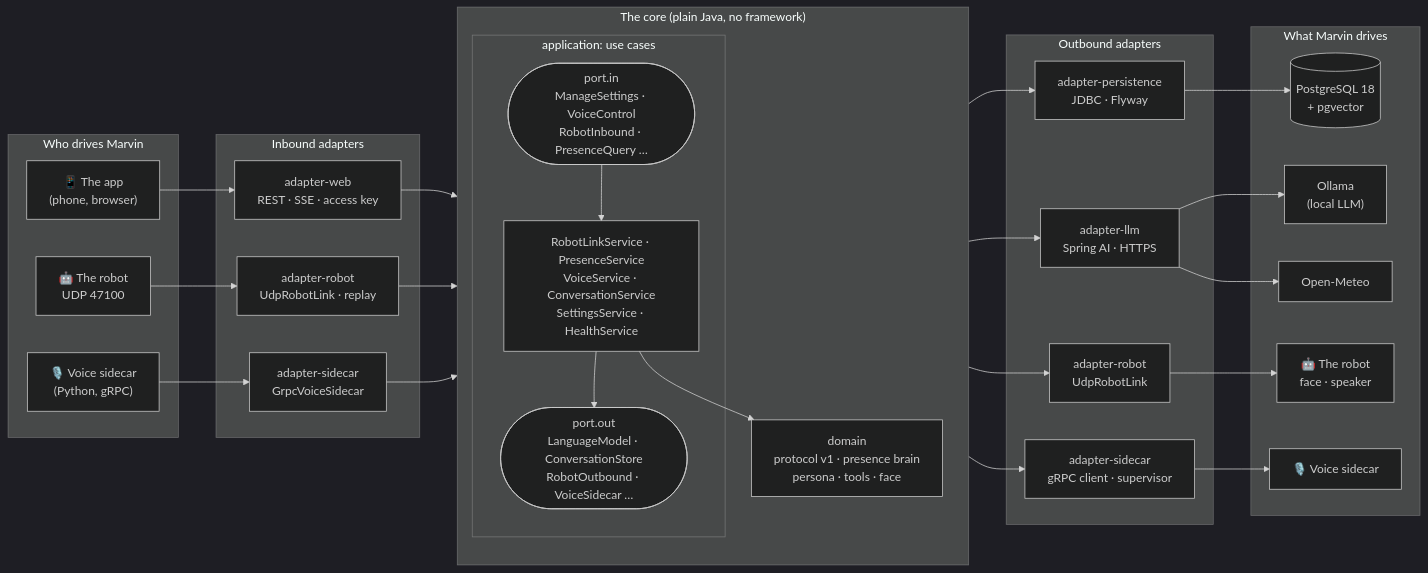
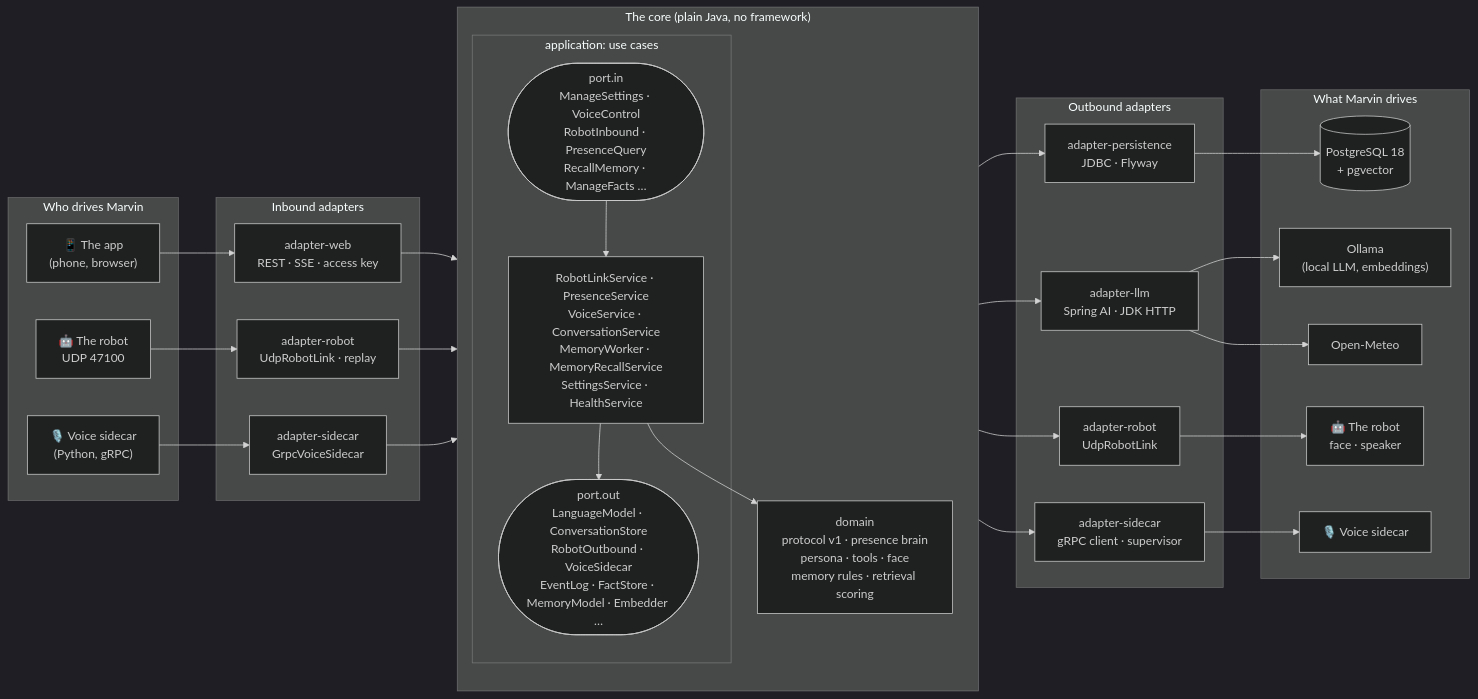
The first of 5 diagrams in host-java/README.md (SebastienTr/Marvin), drawn with Mermaid (dark theme) before and after one commit. The commit also changed other lines of this file and 27 other files, not shown here.

````diff
--- a/host-java/README.md
+++ b/host-java/README.md
@@ -39,50 +37,50 @@
 ```mermaid
 flowchart LR
     subgraph drivers["Who drives Marvin"]
         phone["📱 The app<br/>(phone, browser)"]
         robot_in["🤖 The robot<br/>UDP 47100"]
         voice_in["🎙️ Voice sidecar<br/>(Python, gRPC)"]
     end
 
     subgraph in_adapters["Inbound adapters"]
         web["adapter-web<br/>REST · SSE · access key"]
         udp_in["adapter-robot<br/>UdpRobotLink · replay"]
         grpc_in["adapter-sidecar<br/>GrpcVoiceSidecar"]
     end
 
     subgraph core["The core (plain Java, no framework)"]
         direction TB
         subgraph app["application: use cases"]
-            pin(["port.in<br/>ManageSettings · VoiceControl<br/>RobotInbound · PresenceQuery …"])
-            svc["RobotLinkService · PresenceService<br/>VoiceService · ConversationService<br/>SettingsService · HealthService"]
-            pout(["port.out<br/>LanguageModel · ConversationStore<br/>RobotOutbound · VoiceSidecar …"])
+            pin(["port.in<br/>ManageSettings · VoiceControl<br/>RobotInbound · PresenceQuery<br/>RecallMemory · ManageFacts …"])
+            svc["RobotLinkService · PresenceService<br/>VoiceService · ConversationService<br/>MemoryWorker · MemoryRecallService<br/>SettingsService · HealthService"]
+            pout(["port.out<br/>LanguageModel · ConversationStore<br/>RobotOutbound · VoiceSidecar<br/>EventLog · FactStore · MemoryModel · Embedder …"])
             pin --> svc --> pout
         end
-        dom["domain<br/>protocol v1 · presence brain<br/>persona · tools · face"]
+        dom["domain<br/>protocol v1 · presence brain<br/>persona · tools · face<br/>memory rules · retrieval scoring"]
         svc --> dom
     end
 
     subgraph out_adapters["Outbound adapters"]
         pg["adapter-persistence<br/>JDBC · Flyway"]
-        llm["adapter-llm<br/>Spring AI · HTTPS"]
+        llm["adapter-llm<br/>Spring AI · JDK HTTP"]
         udp_out["adapter-robot<br/>UdpRobotLink"]
         side["adapter-sidecar<br/>gRPC client · supervisor"]
     end
 
     subgraph driven["What Marvin drives"]
         db[("PostgreSQL 18<br/>+ pgvector")]
-        ollama["Ollama<br/>(local LLM)"]
+        ollama["Ollama<br/>(local LLM, embeddings)"]
         meteo["Open-Meteo"]
         robot_out["🤖 The robot<br/>face · speaker"]
         voice_out["🎙️ Voice sidecar"]
     end
 
     phone --> web --> pin
     robot_in --> udp_in --> pin
     voice_in --> grpc_in --> pin
     pout --> pg --> db
     pout --> llm --> ollama
     llm --> meteo
     pout --> udp_out --> robot_out
     pout --> side --> voice_out
 ```
````
